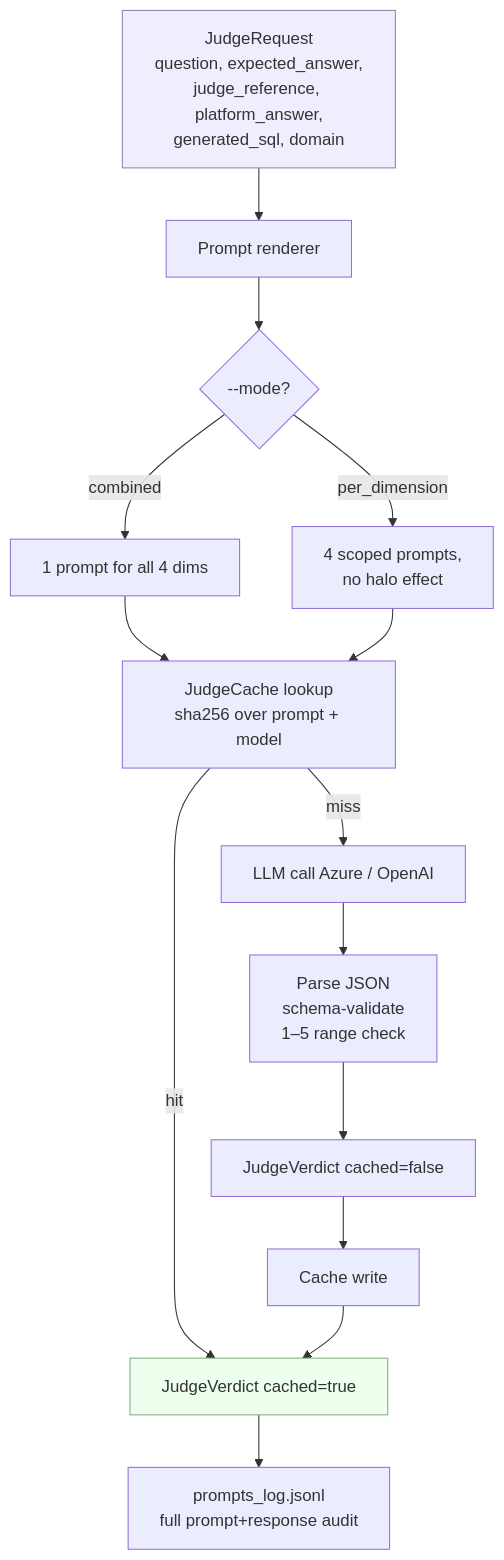
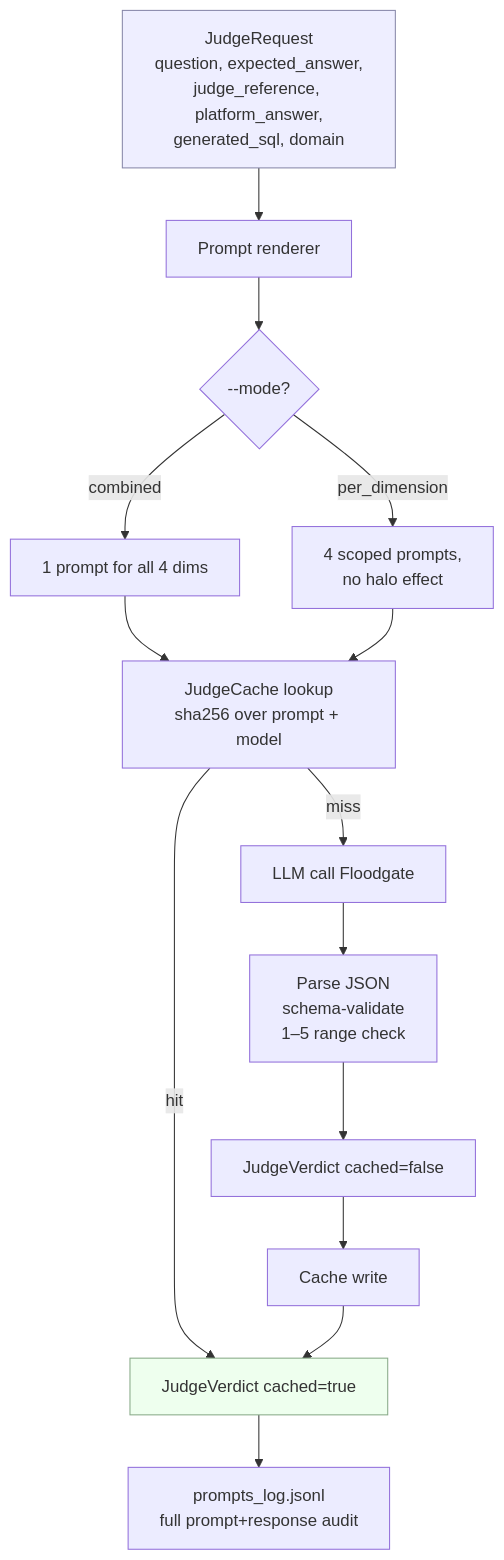
Before and after one commit to JarettCodeHive/nlq-eval-framework-merged: the second of 5 diagrams in docs/judge_flow.md, drawn with Mermaid. The commit also changed other lines of this file and 20 other files, not shown here.

````diff
--- a/docs/judge_flow.md
+++ b/docs/judge_flow.md
@@ -48,21 +47,21 @@
 ```mermaid
 flowchart TD
   A[JudgeRequest<br/>question, expected_answer,<br/>judge_reference, platform_answer,<br/>generated_sql, domain] --> B[Prompt renderer]
   B --> C{--mode?}
   C -- combined --> D[1 prompt for all 4 dims]
   C -- per_dimension --> E[4 scoped prompts,<br/>no halo effect]
 
   D --> F[JudgeCache lookup<br/>sha256 over prompt + model]
   E --> F
   F -- hit  --> H[JudgeVerdict cached=true]
-  F -- miss --> G[LLM call  Azure / OpenAI]
+  F -- miss --> G[LLM call  Floodgate]
   G --> I[Parse JSON<br/>schema-validate<br/>1–5 range check]
   I --> J[JudgeVerdict cached=false]
   J --> K[Cache write]
   K --> H
 
   H --> L[prompts_log.jsonl<br/>full prompt+response audit]
 
   style A fill:#eef,stroke:#88a
   style H fill:#efe,stroke:#8a8
 ```
````
